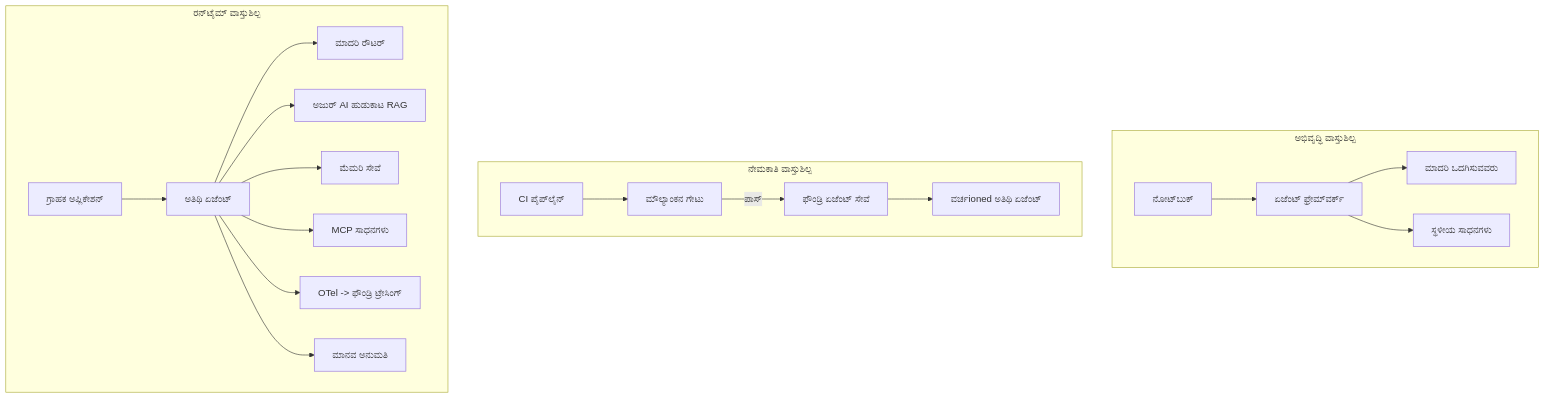
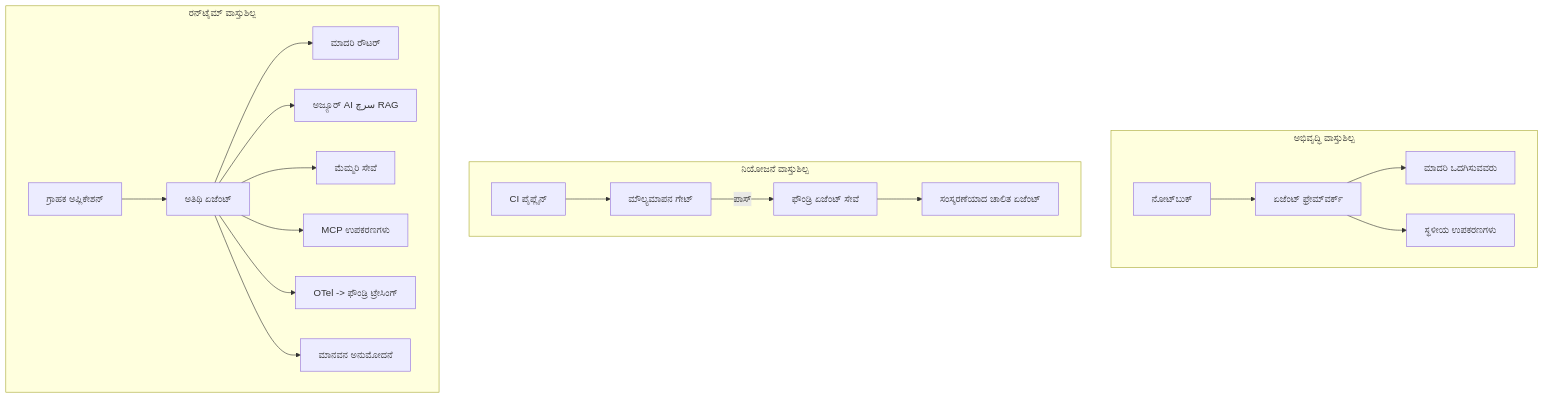
One commit to gabrielmoreira/agent-skills-mirror changed the fourth of 4 diagrams in mirrors/repos/microsoft@ai-agents-for-beginners/translations/kn/16-deploying-scalable-agents/README.md. Above: the diagram before and after it, drawn with Mermaid. The commit also changed other lines of this file and 3581 other files, not shown here.

````diff
--- a/mirrors/repos/microsoft@ai-agents-for-beginners/translations/kn/16-deploying-scalable-agents/README.md
+++ b/mirrors/repos/microsoft@ai-agents-for-beginners/translations/kn/16-deploying-scalable-agents/README.md
@@ -185,22 +185,22 @@
 ```mermaid
 flowchart TB
     subgraph Dev[ಅಭಿವೃದ್ಧಿ ವಾಸ್ತುಶಿಲ್ಪ]
         D1[ನೋಟ್‌ಬುಕ್] --> D2[ಏಜೆಂಟ್ ಫ್ರೇಮ್‌ವರ್ಕ್]
         D2 --> D3[ಮಾದರಿ ಒದಗಿಸುವವರು]
-        D2 --> D4[ಸ್ಥಳೀಯ ಸಾಧನಗಳು]
+        D2 --> D4[ಸ್ಥಳೀಯ ಉಪಕರಣಗಳು]
     end
-    subgraph Deploy[ನೇಮಕಾತಿ ವಾಸ್ತುಶಿಲ್ಪ]
-        E1[CI ಪೈಪ್‌ಲೈನ್] --> E2[ಮೌಲ್ಯಾಂಕನ ಗೇಟು]
+    subgraph Deploy[ನಿಯೋಜನೆ ವಾಸ್ತುಶಿಲ್ಪ]
+        E1[CI ಪೈಪ್ಲೈನ್] --> E2[ಮೌಲ್ಯಮಾಪನ ಗೇಟ್]
         E2 -->|ಪಾಸ್| E3[ಫೌಂಡ್ರಿ ಏಜೆಂಟ್ ಸೇವೆ]
-        E3 --> E4[ವರ್ಚioned ಅತಿಥಿ ಏಜೆಂಟ್]
+        E3 --> E4[ಸಂಸ್ಕರಣೆಯಾದ ಚಾಲಿತ ಏಜೆಂಟ್]
     end
     subgraph Run[ರನ್‌ಟೈಮ್ ವಾಸ್ತುಶಿಲ್ಪ]
         F1[ಗ್ರಾಹಕ ಅಪ್ಲಿಕೇಶನ್] --> F2[ಅತಿಥಿ ಏಜೆಂಟ್]
         F2 --> F3[ಮಾದರಿ ರೌಟರ್]
-        F2 --> F4[ಅಜುರ್ AI ಹುಡುಕಾಟ RAG]
-        F2 --> F5[ಮೆಮರಿ ಸೇವೆ]
-        F2 --> F6[MCP ಸಾಧನಗಳು]
+        F2 --> F4[ಅಜ್ಯೂರ್ AI سرچ RAG]
+        F2 --> F5[ಮೆಮ್ಮರಿ ಸೇವೆ]
+        F2 --> F6[MCP ಉಪಕರಣಗಳು]
         F2 --> F7[OTel -> ಫೌಂಡ್ರಿ ಟ್ರೇಸಿಂಗ್]
-        F2 --> F8[ಮಾನವ ಅನುಮತಿ]
+        F2 --> F8[ಮಾನವನ ಅನುಮೋದನೆ]
     end
 ```
````
